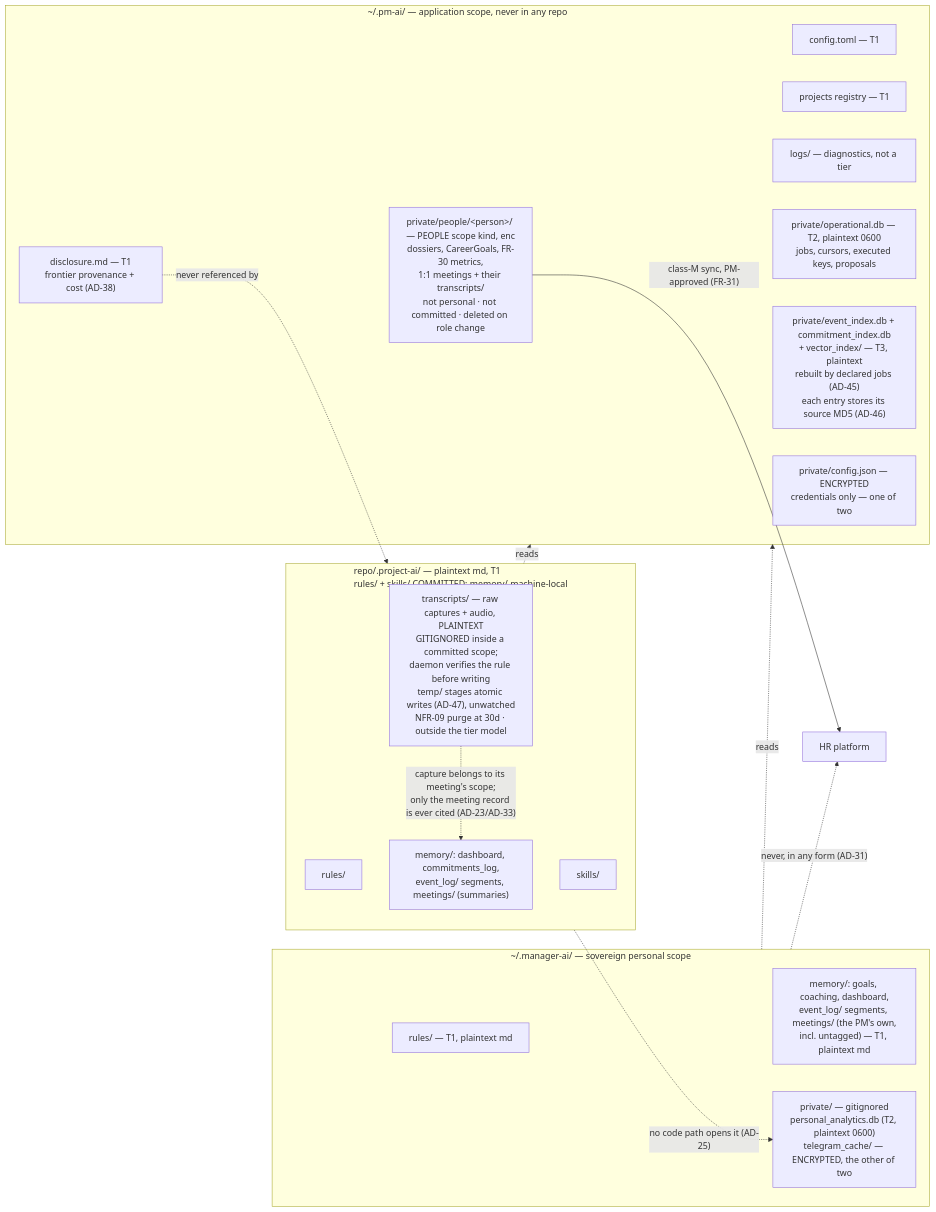
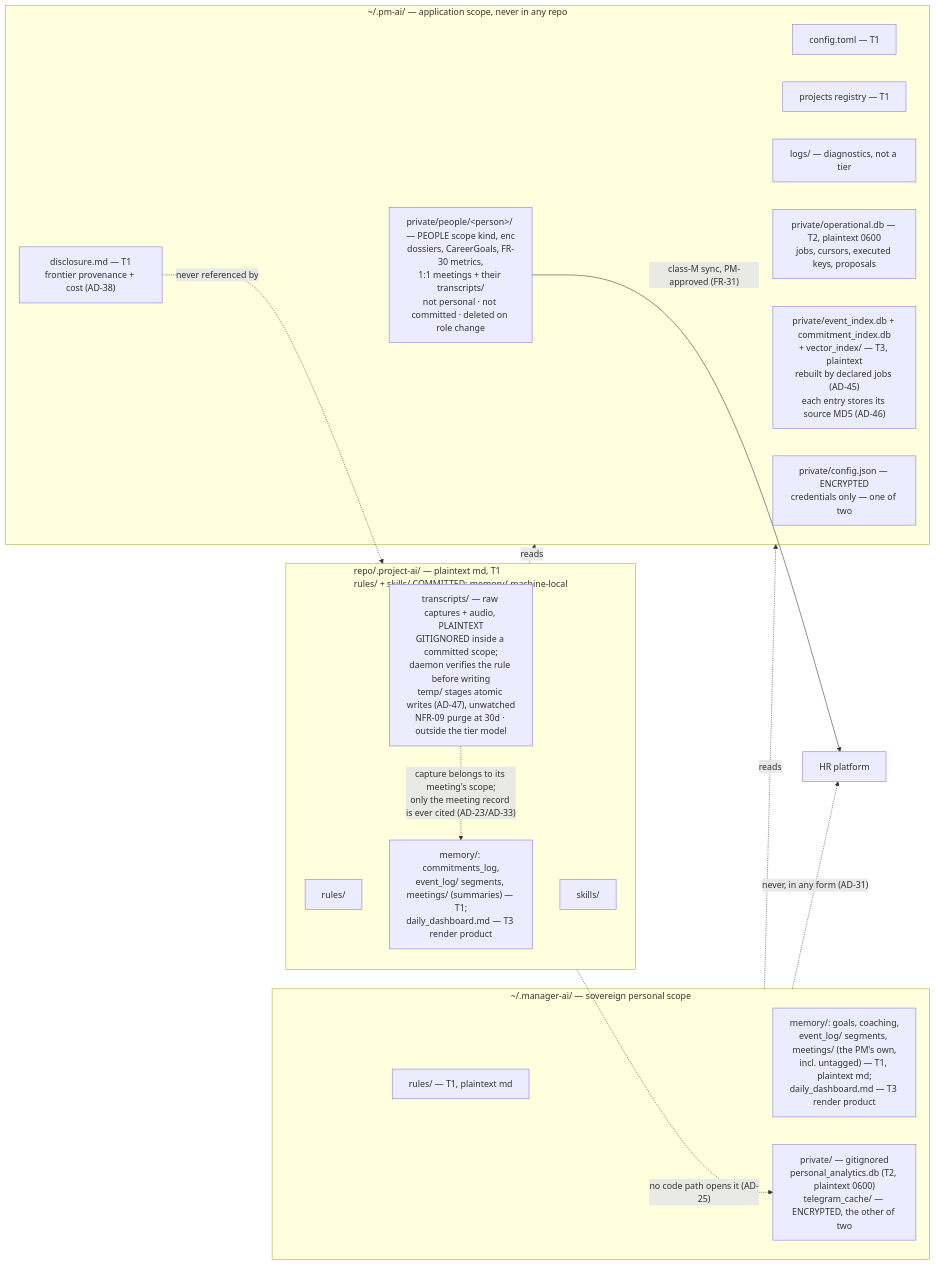
Before and after one commit to aramaniuk/pm-ai: the third of 4 diagrams in _bmad-output/planning-artifacts/architecture/architecture-pm-ai-2026-08-18/ARCHITECTURE-SPINE.md, drawn with Mermaid. The commit also changed other lines of this file and 4 other files, not shown here.

First line of the commit message:
docs(architecture): settle the pre-wave-2 decisions and close what 8j left open

````diff
--- a/_bmad-output/planning-artifacts/architecture/architecture-pm-ai-2026-08-18/ARCHITECTURE-SPINE.md
+++ b/_bmad-output/planning-artifacts/architecture/architecture-pm-ai-2026-08-18/ARCHITECTURE-SPINE.md
@@ -882,31 +894,31 @@
 ```mermaid
 graph LR
     subgraph APP["~/.pm-ai/ — application scope, never in any repo"]
         A1["config.toml — T1"]
         A2["projects registry — T1"]
         A3["disclosure.md — T1<br/>frontier provenance + cost (AD-38)"]
         A4["logs/ — diagnostics, not a tier"]
         A5["private/operational.db — T2, plaintext 0600<br/>jobs, cursors, executed keys, proposals"]
         A6["private/event_index.db + commitment_index.db<br/>+ vector_index/ — T3, plaintext<br/>rebuilt by declared jobs (AD-45)<br/>each entry stores its source MD5 (AD-46)"]
         A7["private/config.json — ENCRYPTED<br/>credentials only — one of two"]
         A8["private/people/&lt;person&gt;/ — PEOPLE scope kind, enc<br/>dossiers, CareerGoals, FR-30 metrics,<br/>1:1 meetings + their transcripts/<br/>not personal · not committed · deleted on role change"]
     end
     subgraph PERS["~/.manager-ai/ — sovereign personal scope"]
         P1["rules/ — T1, plaintext md"]
-        P2["memory/: goals, coaching, dashboard,<br/>event_log/ segments, meetings/ (the PM's own,<br/>incl. untagged) — T1, plaintext md"]
+        P2["memory/: goals, coaching,<br/>event_log/ segments, meetings/ (the PM's own,<br/>incl. untagged) — T1, plaintext md;<br/>daily_dashboard.md — T3 render product"]
         P3["private/ — gitignored<br/>personal_analytics.db (T2, plaintext 0600)<br/>telegram_cache/ — ENCRYPTED, the other of two"]
     end
     subgraph PROJ["repo/.project-ai/ — plaintext md, T1<br/>rules/ + skills/ COMMITTED; memory/ machine-local"]
         R1[rules/]
-        R2["memory/: dashboard, commitments_log,<br/>event_log/ segments, meetings/ (summaries)"]
+        R2["memory/: commitments_log,<br/>event_log/ segments, meetings/ (summaries) — T1;<br/>daily_dashboard.md — T3 render product"]
         R3[skills/]
         R4["transcripts/ — raw captures + audio, PLAINTEXT<br/>GITIGNORED inside a committed scope;<br/>daemon verifies the rule before writing<br/>temp/ stages atomic writes (AD-47), unwatched<br/>NFR-09 purge at 30d · outside the tier model"]
     end
     PERS -.reads.-> APP
     PROJ -.reads.-> APP
     A3 -.->|"never referenced by"| PROJ
     A8 -->|"class-M sync, PM-approved (FR-31)"| HR[HR platform]
     PERS -.->|"never, in any form (AD-31)"| HR
     PROJ -.->|"no code path opens it (AD-25)"| P3
     R4 -.->|"capture belongs to its meeting's scope;<br/>only the meeting record is ever cited (AD-23/AD-33)"| R2
 ```
````
